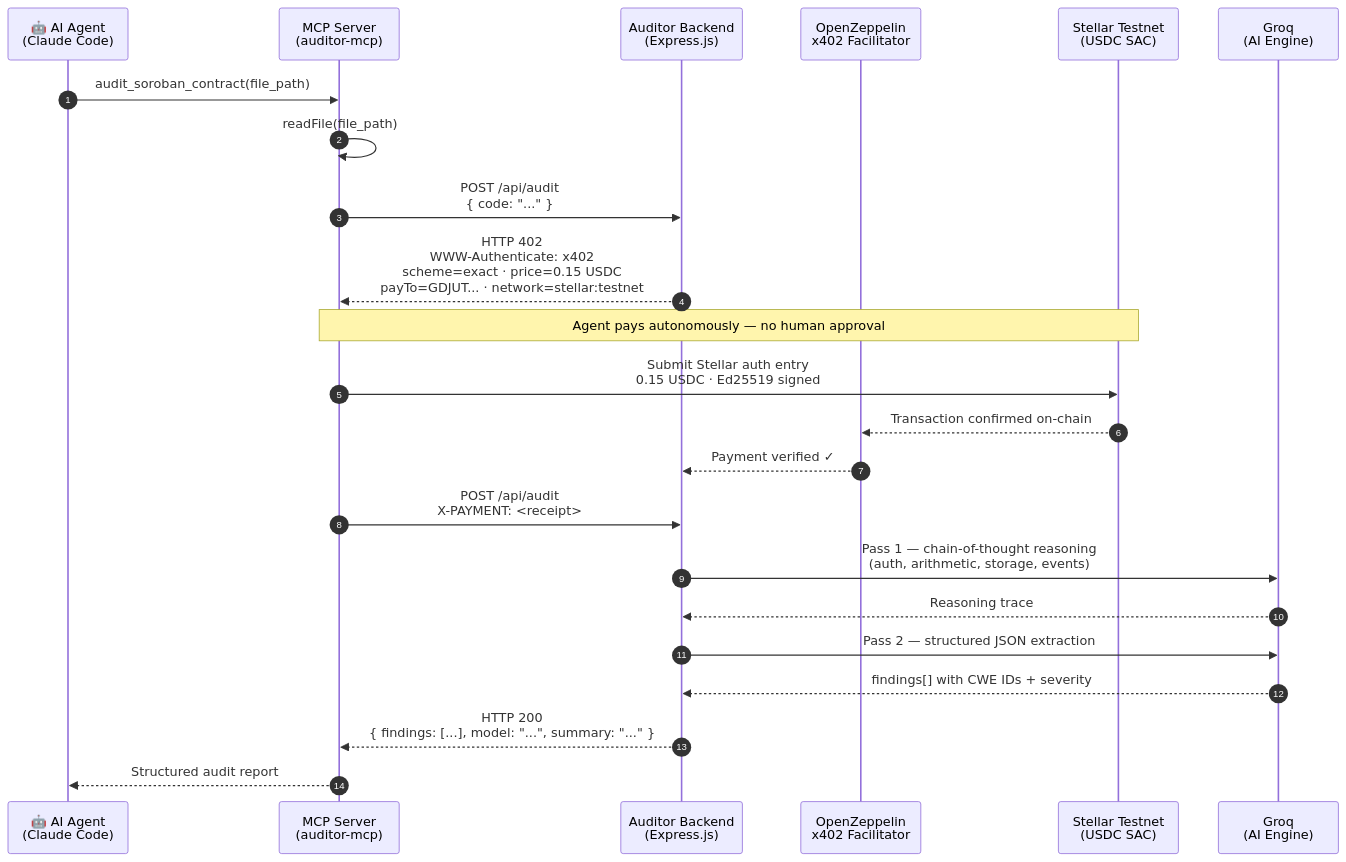
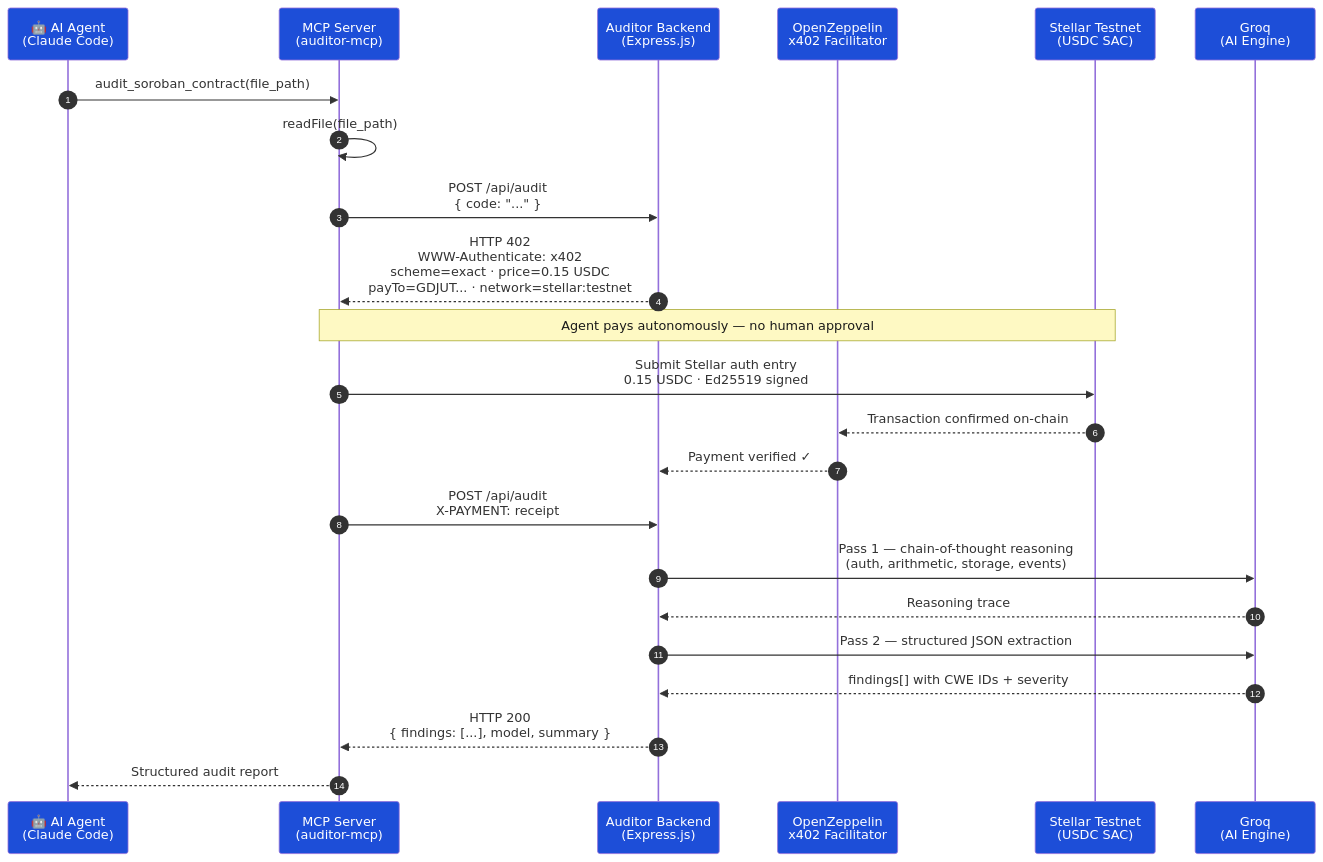
One commit to xaviersharwin10/soroban_node_0 changed the diagram in docs/sequence_x402.mmd. Above: the diagram before and after it, drawn with Mermaid. The commit also changed 5 other files, not shown here.

Commit message:
docs: larger text in sequence diagrams, light node colors for clear arrowheads in architecture

```diff
--- a/docs/sequence_x402.mmd
+++ b/docs/sequence_x402.mmd
@@ -1,31 +1,32 @@
+%%{init: {'theme': 'default', 'themeVariables': {'fontSize': '20px', 'fontFamily': 'trebuchet ms, verdana, arial', 'actorBkg': '#1d4ed8', 'actorTextColor': '#ffffff', 'actorBorderColor': '#1e40af', 'activationBkgColor': '#dbeafe', 'noteBkgColor': '#fef9c3', 'noteTextColor': '#1a1a1a', 'labelBoxBkgColor': '#f0f4ff', 'sequenceNumberColor': '#ffffff'}}}%%
 sequenceDiagram
     autonumber
     participant A as 🤖 AI Agent<br/>(Claude Code)
     participant M as MCP Server<br/>(auditor-mcp)
     participant B as Auditor Backend<br/>(Express.js)
     participant F as OpenZeppelin<br/>x402 Facilitator
     participant S as Stellar Testnet<br/>(USDC SAC)
     participant G as Groq<br/>(AI Engine)
 
     A->>M: audit_soroban_contract(file_path)
     M->>M: readFile(file_path)
 
     M->>B: POST /api/audit<br/>{ code: "..." }
     B-->>M: HTTP 402<br/>WWW-Authenticate: x402<br/>scheme=exact · price=0.15 USDC<br/>payTo=GDJUT... · network=stellar:testnet
 
     Note over M,S: Agent pays autonomously — no human approval
 
     M->>S: Submit Stellar auth entry<br/>0.15 USDC · Ed25519 signed
     S-->>F: Transaction confirmed on-chain
     F-->>B: Payment verified ✓
 
-    M->>B: POST /api/audit<br/>X-PAYMENT: <receipt>
+    M->>B: POST /api/audit<br/>X-PAYMENT: receipt
 
     B->>G: Pass 1 — chain-of-thought reasoning<br/>(auth, arithmetic, storage, events)
     G-->>B: Reasoning trace
 
     B->>G: Pass 2 — structured JSON extraction
     G-->>B: findings[] with CWE IDs + severity
 
-    B-->>M: HTTP 200<br/>{ findings: [...], model: "...", summary: "..." }
+    B-->>M: HTTP 200<br/>{ findings: [...], model, summary }
     M-->>A: Structured audit report
```
